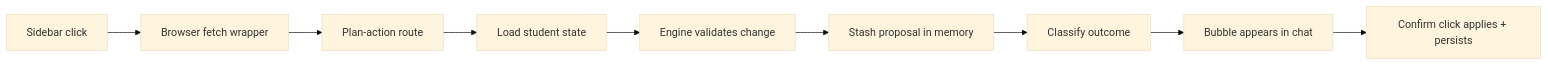
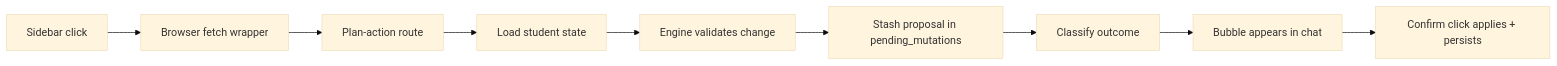
Before and after one commit to EdoardoMongardi/NYU_Path: the first of 4 diagrams in Docs/current-system/web/plan-action-orchestrator.md, drawn with Mermaid (base theme). The commit also changed other lines of this file and 3 other files, not shown here.

````diff
--- a/Docs/current-system/web/plan-action-orchestrator.md
+++ b/Docs/current-system/web/plan-action-orchestrator.md
@@ -9,11 +9,11 @@
 ```mermaid
 flowchart LR
     Gesture[Sidebar click] --> Client[Browser fetch wrapper]
     Client --> Server[Plan-action route]
     Server --> Assemble[Load student state]
     Assemble --> Engine[Engine validates change]
-    Engine --> Stage[Stash proposal in memory]
+    Engine --> Stage[Stash proposal in pending_mutations]
     Stage --> Classify[Classify outcome]
     Classify --> Bubble[Bubble appears in chat]
     Bubble --> Apply[Confirm click applies + persists]
 ```
````
